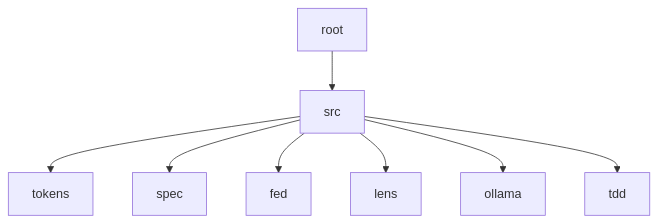
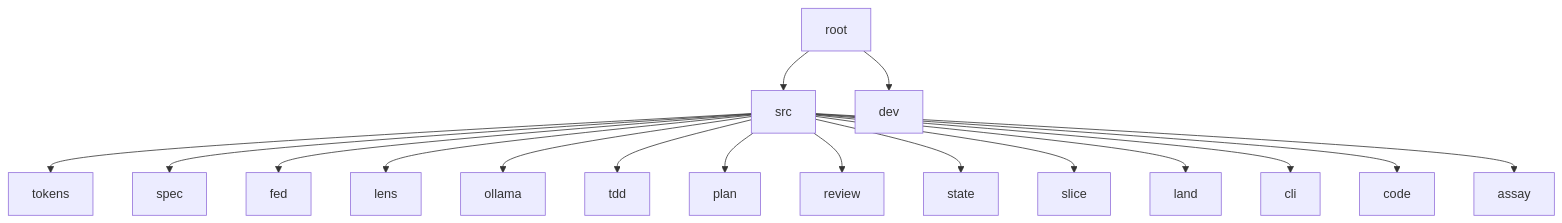
The diagram in README.md (pr0d1r2/sherd), drawn with Mermaid before and after one commit. The commit also changed other lines of this file and 5 other files, not shown here.

````diff
--- a/README.md
+++ b/README.md
@@ -94,18 +108,36 @@
 ```mermaid
 graph TD
     root[root]
     src[src]
+    dev[dev]
     src_tokens[tokens]
     src_spec[spec]
     src_fed[fed]
     src_lens[lens]
     src_ollama[ollama]
     src_tdd[tdd]
+    src_plan[plan]
+    src_review[review]
+    src_state[state]
+    src_slice[slice]
+    src_land[land]
+    src_cli[cli]
+    src_code[code]
+    src_assay[assay]
     root --> src
+    root --> dev
     src --> src_tokens
     src --> src_spec
     src --> src_fed
     src --> src_lens
     src --> src_ollama
     src --> src_tdd
+    src --> src_plan
+    src --> src_review
+    src --> src_state
+    src --> src_slice
+    src --> src_land
+    src --> src_cli
+    src --> src_code
+    src --> src_assay
 ```
````
